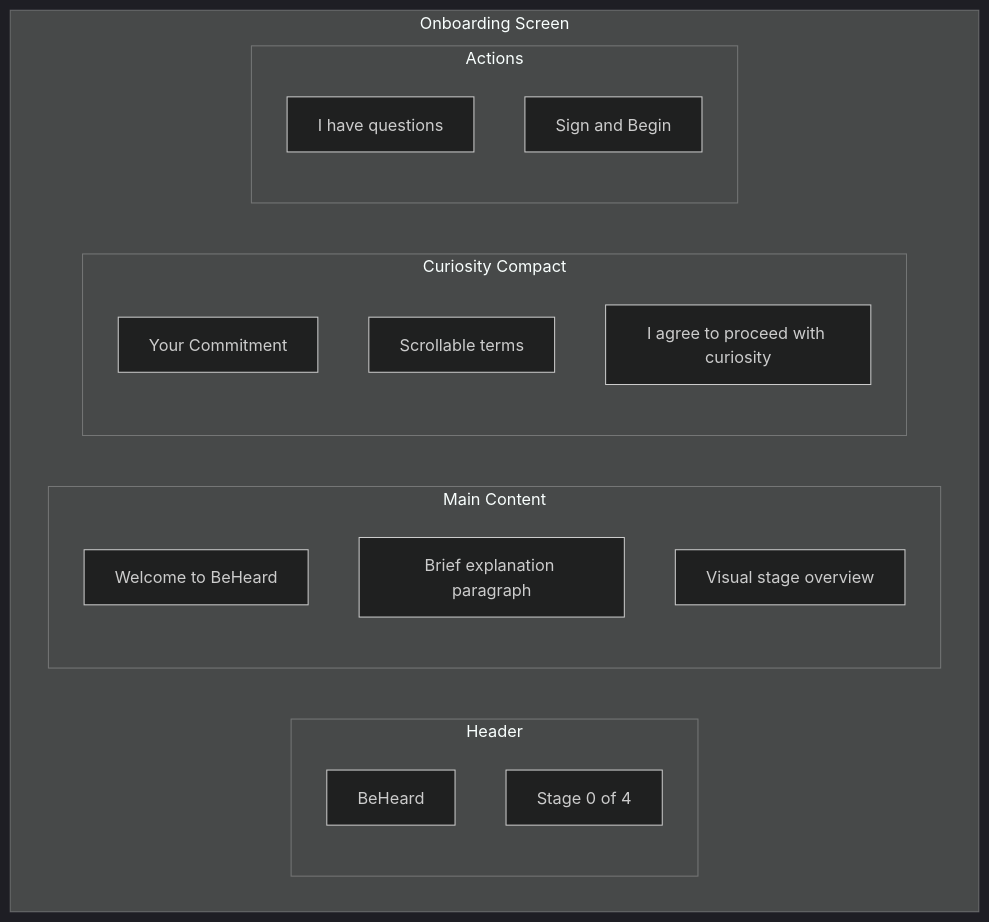
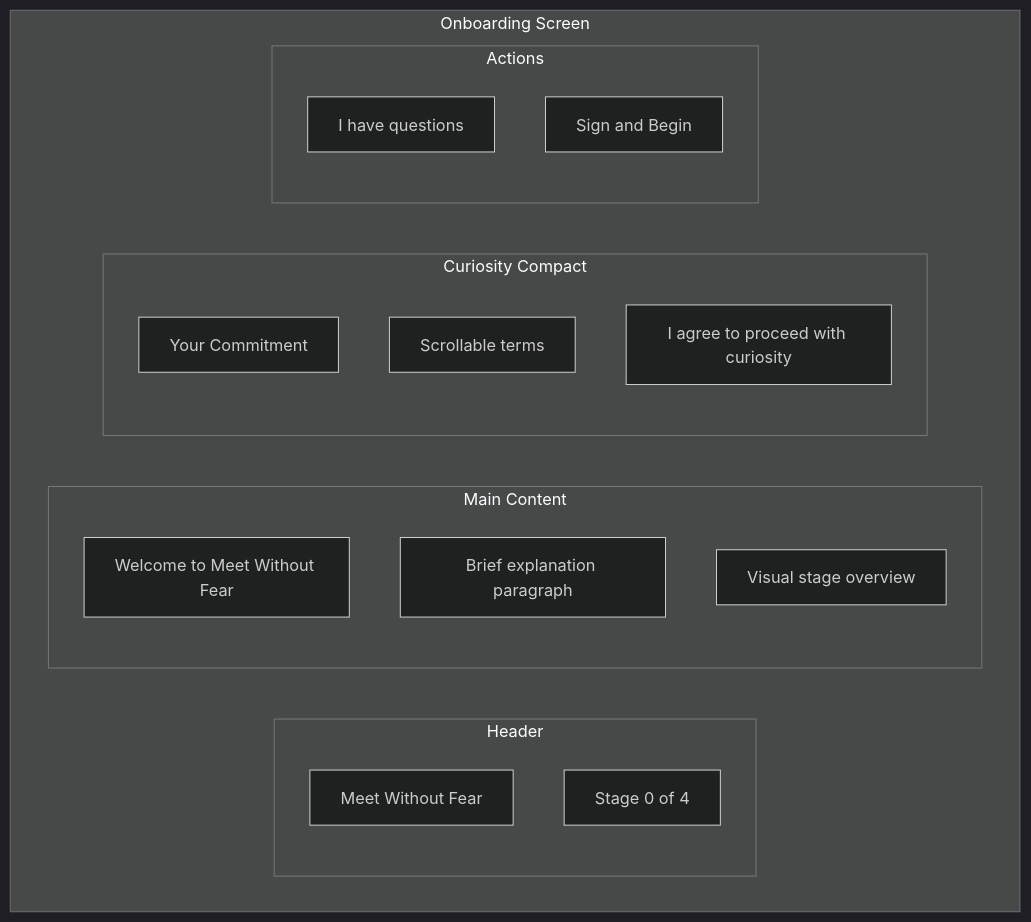
The second of 2 diagrams in docs/mvp-planning/plans/stages/stage-0-onboarding.md (shantamg/be-heard), drawn with Mermaid (dark theme) before and after one commit. The commit also changed 223 other files, not shown here.

First line of the commit message:
chore: rename project from BeHeard to Meet Without Fear

````diff
--- a/docs/mvp-planning/plans/stages/stage-0-onboarding.md
+++ b/docs/mvp-planning/plans/stages/stage-0-onboarding.md
@@ -79,26 +79,26 @@
 ```mermaid
 flowchart TB
     subgraph Screen[Onboarding Screen]
         subgraph Header[Header]
-            Logo[BeHeard]
+            Logo[Meet Without Fear]
             Stage[Stage 0 of 4]
         end
 
         subgraph Content[Main Content]
-            Title[Welcome to BeHeard]
+            Title[Welcome to Meet Without Fear]
             Intro[Brief explanation paragraph]
             Steps[Visual stage overview]
         end
 
         subgraph CompactSection[Curiosity Compact]
             CompactTitle[Your Commitment]
             Terms[Scrollable terms]
             Checkbox[I agree to proceed with curiosity]
         end
 
         subgraph Actions[Actions]
             Questions[I have questions]
             Sign[Sign and Begin]
         end
     end
 ```
````
